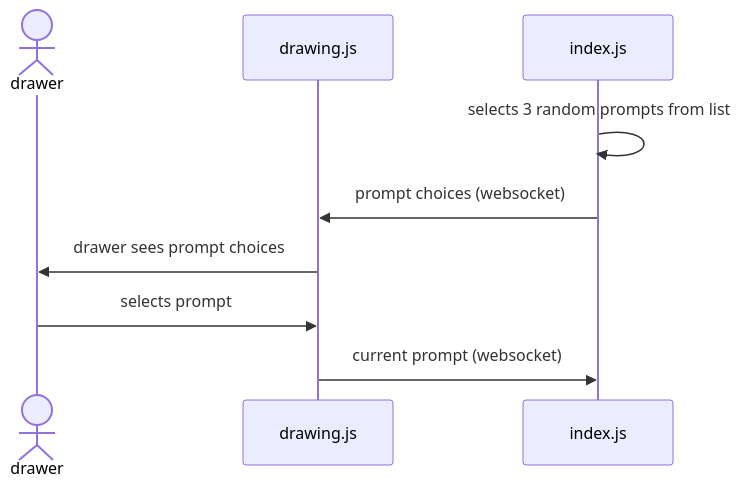
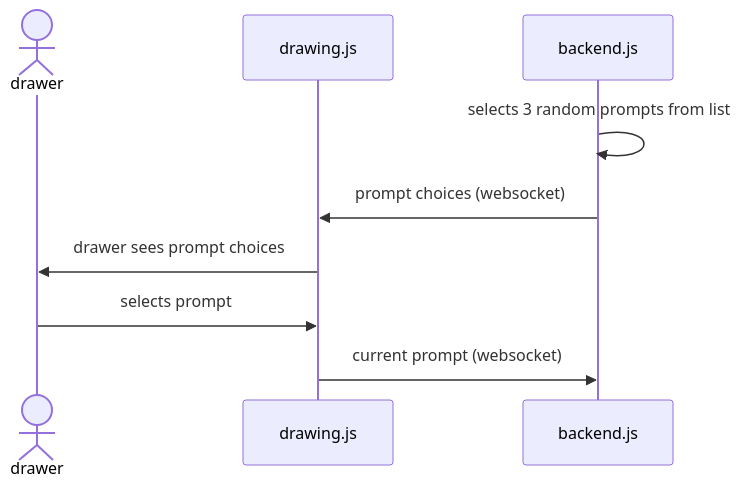
One commit to Capstone-Projects-2025-Spring/project-aac-game-team-a changed the ninth of 13 diagrams in documentation/docs/system-architecture/design.md. Above: the diagram before and after it, drawn with Mermaid. The commit also changed other lines of this file, not shown here.

Commit message:
added necessary return arrows and explained diagram steps

````diff
--- a/documentation/docs/system-architecture/design.md
+++ b/documentation/docs/system-architecture/design.md
@@ -215,12 +219,12 @@
 ```mermaid
 sequenceDiagram
 
 actor drawer
 participant drawing.js
-index.js ->> index.js: selects 3 random prompts from list
-index.js ->> drawing.js: prompt choices (websocket)
+backend.js ->> backend.js: selects 3 random prompts from list
+backend.js ->> drawing.js: prompt choices (websocket)
 drawing.js ->> drawer: drawer sees prompt choices
 drawer ->> drawing.js: selects prompt
-drawing.js ->> index.js: current prompt (websocket)
+drawing.js ->> backend.js: current prompt (websocket)
 
 ```
````
